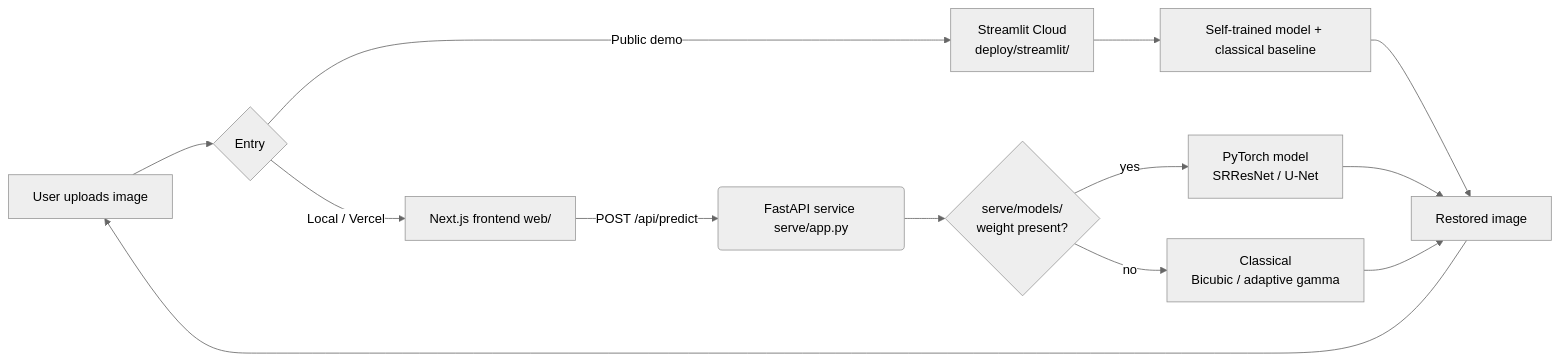
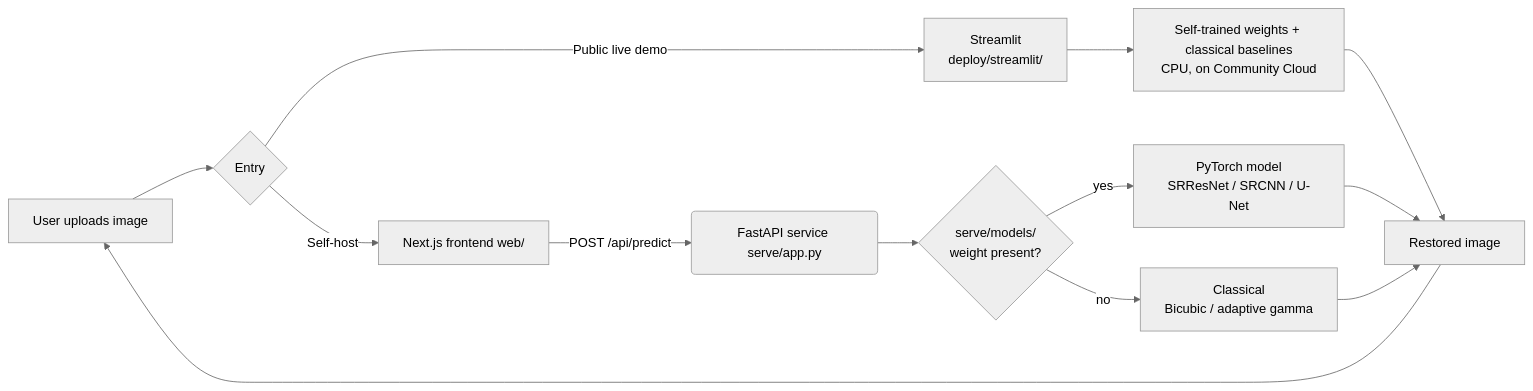
One commit to ElijahZhao/pixelforge-image-restoration- changed the diagram in README.md. Above: the diagram before and after it, drawn with Mermaid (neutral theme). The commit also changed other lines of this file and 2 other files, not shown here.

````diff
--- a/README.md
+++ b/README.md
@@ -110,15 +147,15 @@
 ```mermaid
 flowchart LR
     A[User uploads image] --> B{Entry}
-    B -->|Public demo| C[Streamlit Cloud<br/>deploy/streamlit/]
-    B -->|Local / Vercel| D[Next.js frontend web/]
-    C --> E[Self-trained model + classical baseline]
+    B -->|Public live demo| C[Streamlit<br/>deploy/streamlit/]
+    B -->|Self-host| D[Next.js frontend web/]
+    C --> E[Self-trained weights + classical baselines<br/>CPU, on Community Cloud]
     D -->|POST /api/predict| F(FastAPI service serve/app.py)
     F --> G{serve/models/<br/>weight present?}
-    G -->|yes| H[PyTorch model<br/>SRResNet / U-Net]
+    G -->|yes| H[PyTorch model<br/>SRResNet / SRCNN / U-Net]
     G -->|no| I[Classical<br/>Bicubic / adaptive gamma]
     E --> J[Restored image]
     H --> J
     I --> J
     J --> A
 ```
````
